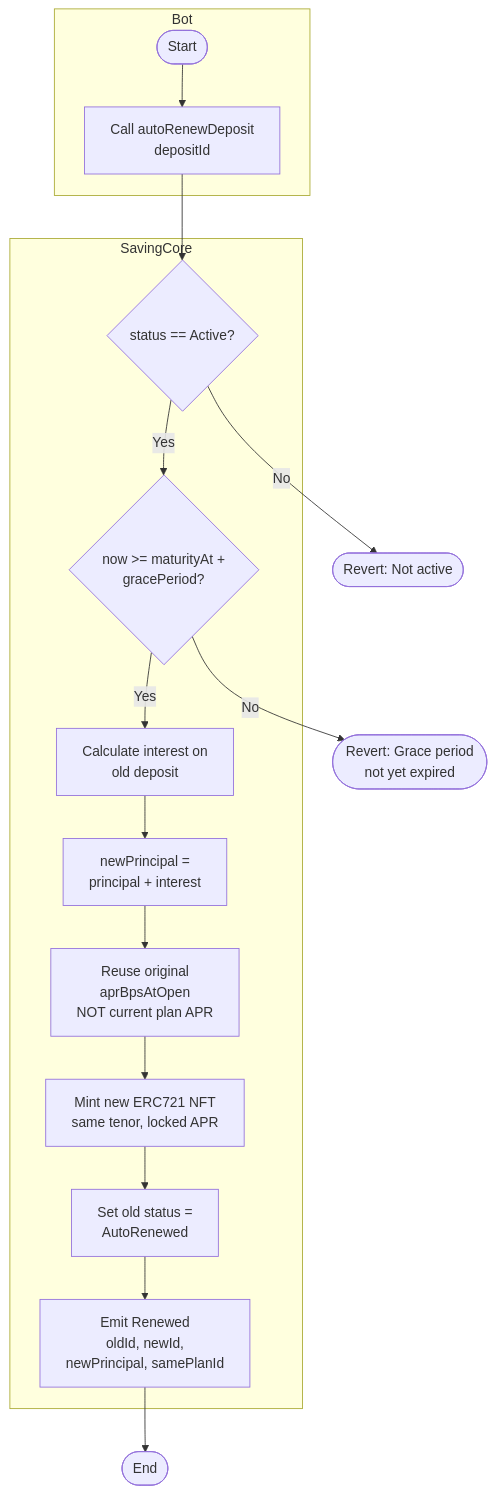
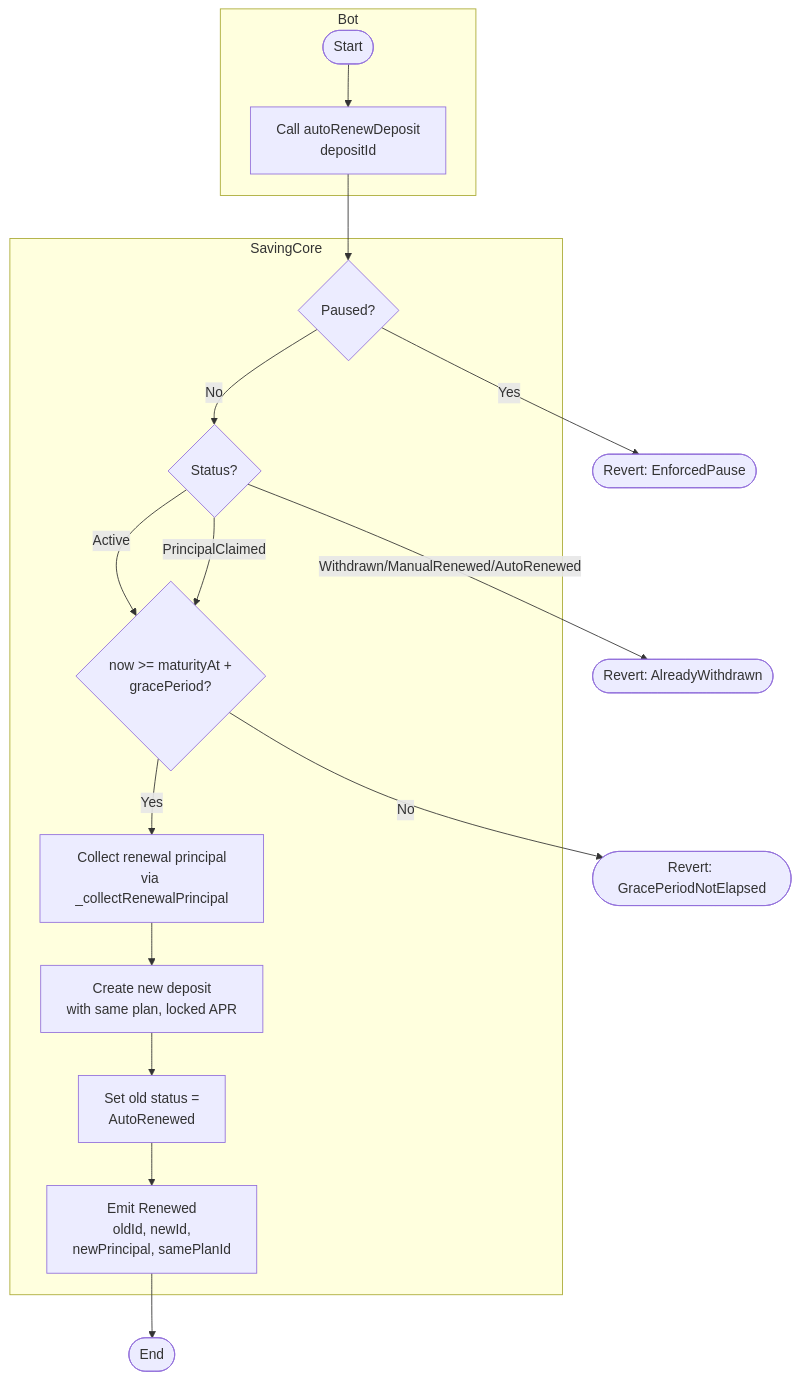
Before and after one commit to yang-sin-pal/AC_BlockChain_Online_Saving: the fifth of 10 diagrams in docs/diagrams/activity-diagram.md, drawn with Mermaid. The commit also changed other lines of this file and 2 other files, not shown here.

First line of the commit message:
Enhance sequence and use case diagrams for Online Saving System

````diff
--- a/docs/diagrams/activity-diagram.md
+++ b/docs/diagrams/activity-diagram.md
@@ -181,29 +215,29 @@
 ```mermaid
 flowchart TD
     subgraph Bot
         E1([Start]) --> E2[Call autoRenewDeposit\ndepositId]
     end
 
     subgraph SavingCore
-        E3{status == Active?}
-        E4{now >= maturityAt +\ngracePeriod?}
-        E5[Calculate interest on\nold deposit]
-        E6[newPrincipal =\nprincipal + interest]
-        E7[Reuse original\naprBpsAtOpen\nNOT current plan APR]
-        E8[Mint new ERC721 NFT\nsame tenor, locked APR]
-        E9[Set old status =\nAutoRenewed]
-        E10[Emit Renewed\noldId, newId,\nnewPrincipal, samePlanId]
+        E3{Paused?}
+        E4{Status?}
+        E5{now >= maturityAt +\ngracePeriod?}
+        E6[Collect renewal principal\nvia _collectRenewalPrincipal]
+        E7[Create new deposit\nwith same plan, locked APR]
+        E8[Set old status =\nAutoRenewed]
+        E9[Emit Renewed\noldId, newId,\nnewPrincipal, samePlanId]
     end
 
     E2 --> E3
-    E3 -- No --> ER1([Revert: Not active])
-    E3 -- Yes --> E4
-    E4 -- No --> ER2([Revert: Grace period\nnot yet expired])
-    E4 -- Yes --> E5
-    E5 --> E6
+    E3 -- Yes --> ER1([Revert: EnforcedPause])
+    E3 -- No --> E4
+    E4 -- Active --> E5
+    E4 -- PrincipalClaimed --> E5
+    E4 -- Withdrawn/ManualRenewed/AutoRenewed --> ER2([Revert: AlreadyWithdrawn])
+    E5 -- No --> ER3([Revert: GracePeriodNotElapsed])
+    E5 -- Yes --> E6
     E6 --> E7
     E7 --> E8
     E8 --> E9
-    E9 --> E10
-    E10 --> E11([End])
+    E9 --> E10([End])
 ```
````
